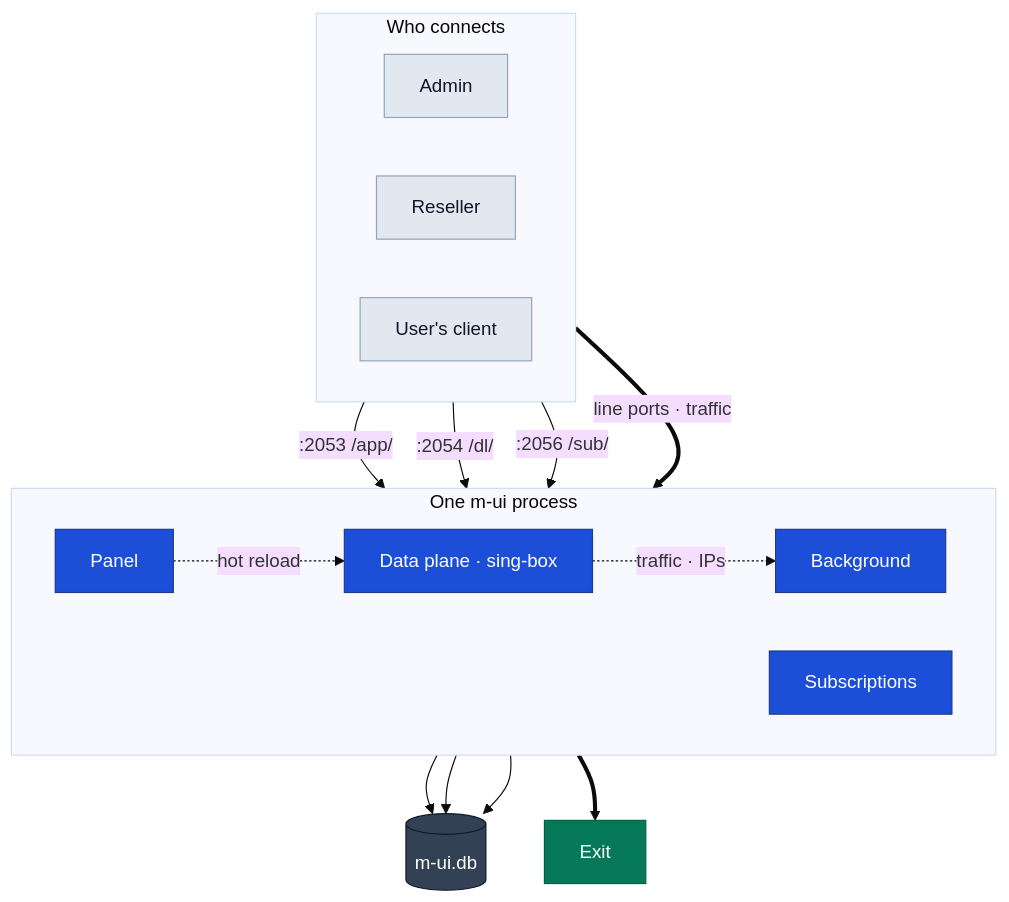
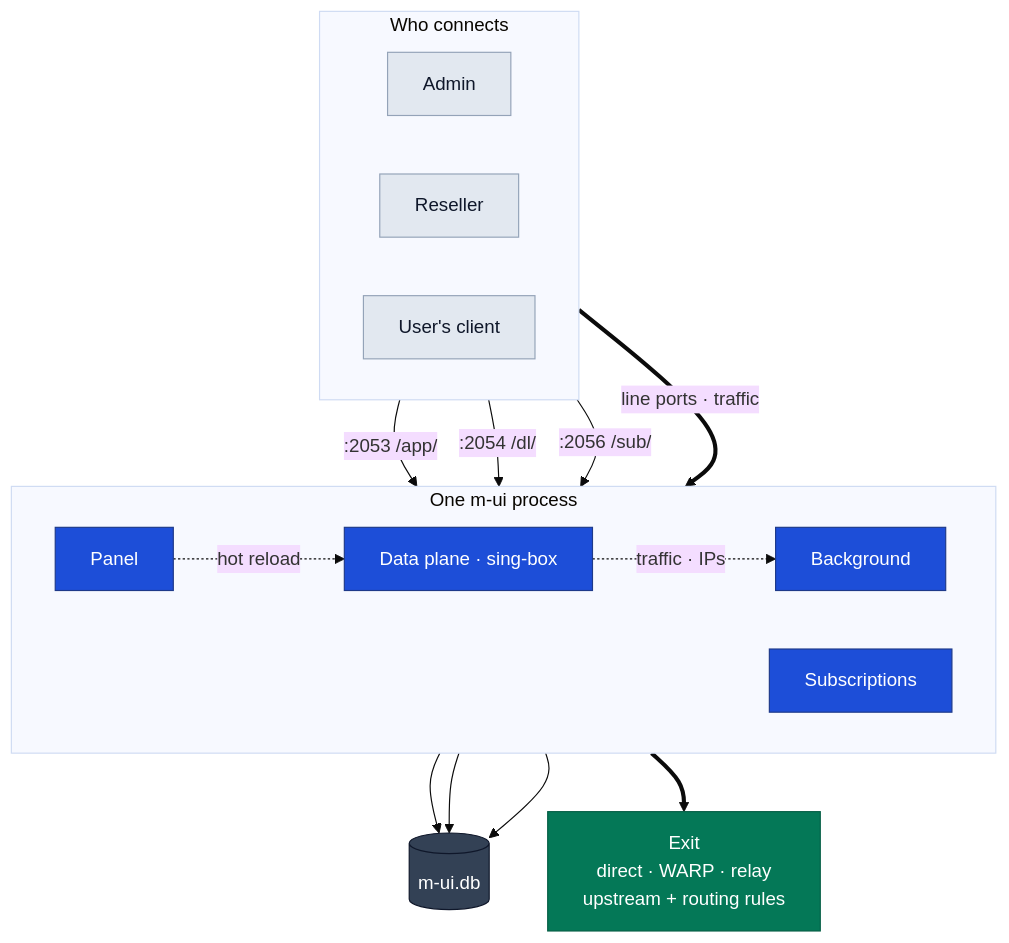
The first of 5 diagrams in README.en.md (Maoyangui/m-ui), drawn with Mermaid (base theme) before and after one commit. The commit also changed other lines of this file and 3 other files, not shown here.

````diff
--- a/README.en.md
+++ b/README.en.md
@@ -79,38 +79,38 @@
 ```mermaid
 flowchart TB
   subgraph WHO["Who connects"]
     direction LR
     ADM["Admin"]
     DLR["Reseller"]
     APP["User's client"]
   end
 
   subgraph PROC["One m-ui process"]
     direction LR
     WEB["Panel"]
     SUB["Subscriptions"]
     CORE["Data plane · sing-box"]
     BG["Background"]
   end
 
   ADM -->|":2053 /app/"| WEB
   DLR -->|":2054 /dl/"| WEB
   APP -->|":2056 /sub/"| SUB
   APP ==>|"line ports · traffic"| CORE
   WEB -.->|"hot reload"| CORE
   CORE -.->|"traffic · IPs"| BG
   WEB --> DB[("m-ui.db")]
   SUB --> DB
   BG --> DB
-  CORE ==> OUT["Exit"]
+  CORE ==> OUT["Exit<br/>direct · WARP · relay<br/>upstream + routing rules"]
 
   classDef svc fill:#1d4ed8,stroke:#1e3a8a,color:#ffffff,stroke-width:1px
   classDef who fill:#e2e8f0,stroke:#94a3b8,color:#0f172a,stroke-width:1px
   classDef data fill:#334155,stroke:#0f172a,color:#ffffff,stroke-width:1px
   classDef exit fill:#047857,stroke:#065f46,color:#ffffff,stroke-width:1px
   classDef warn fill:#b91c1c,stroke:#7f1d1d,color:#ffffff,stroke-width:1px
   class ADM,DLR,APP who
   class WEB,SUB,CORE,BG svc
   class DB data
   class OUT exit
 ```
````
